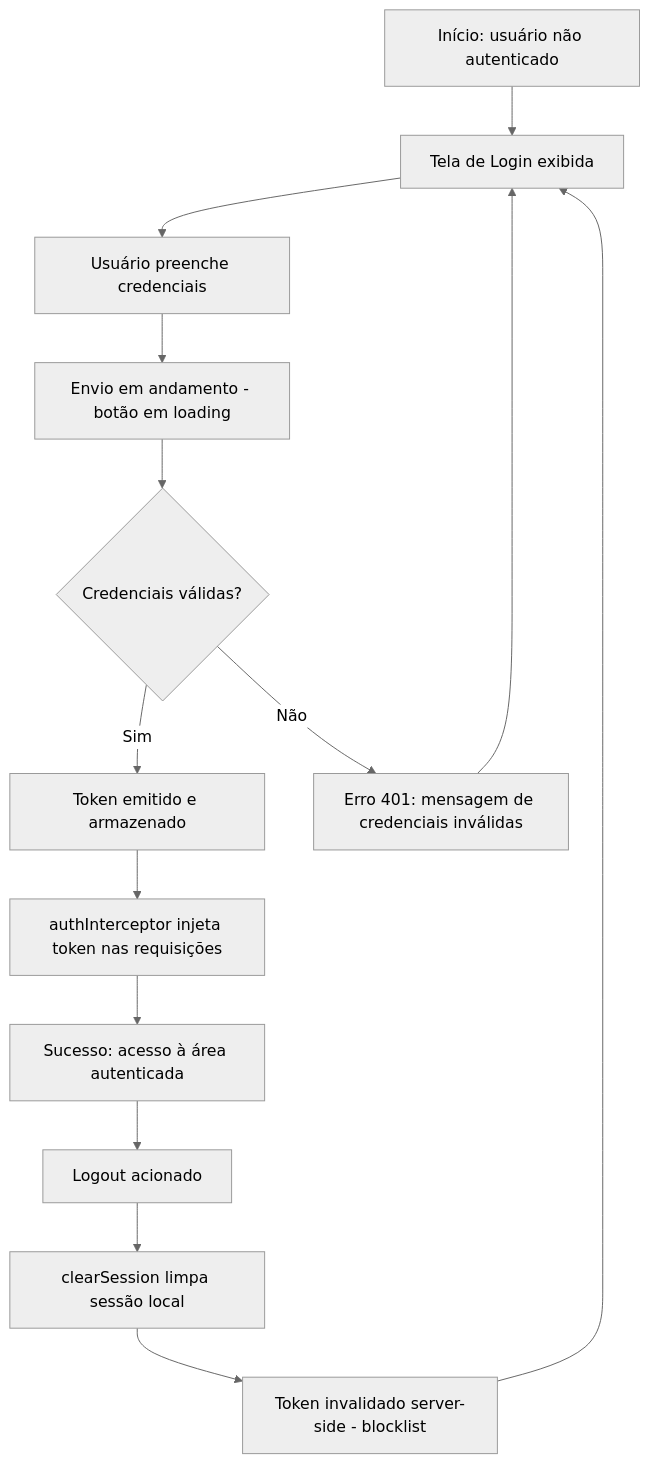
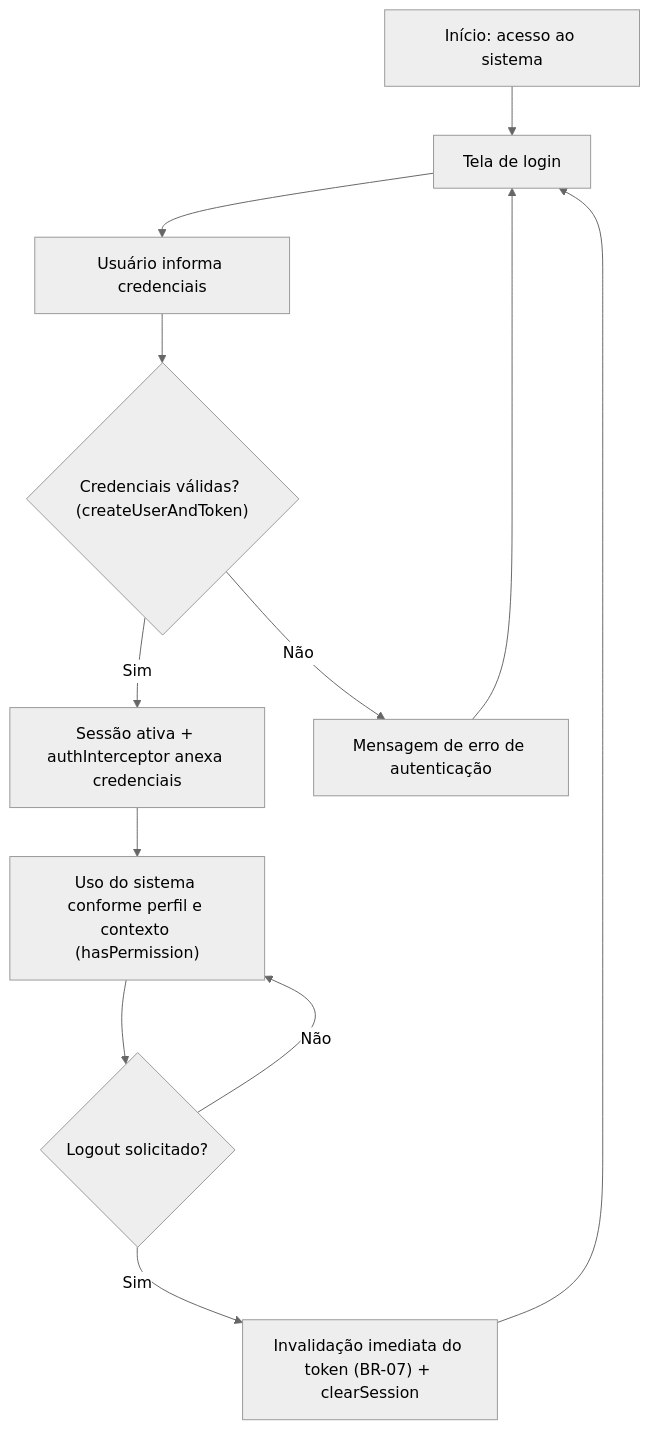
Before and after one commit to diogo-rp-menezes/aegispatrimonio: the first of 6 diagrams in docs/01-discovery/user-flows.md, drawn with Mermaid (neutral theme). The commit also changed other lines of this file and 49 other files, not shown here.

````diff
--- a/docs/01-discovery/user-flows.md
+++ b/docs/01-discovery/user-flows.md
@@ -40,16 +40,14 @@
 ```mermaid
 graph TD
-    A["Início: usuário não autenticado"] --> B["Tela de Login exibida"]
-    B --> C["Usuário preenche credenciais"]
-    C --> D["Envio em andamento - botão em loading"]
-    D --> E{"Credenciais válidas?"}
-    E -- "Sim" --> F["Token emitido e armazenado"]
-    F --> G["authInterceptor injeta token nas requisições"]
-    G --> H["Sucesso: acesso à área autenticada"]
-    E -- "Não" --> I["Erro 401: mensagem de credenciais inválidas"]
+    A["Início: acesso ao sistema"] --> B["Tela de login"]
+    B --> C["Usuário informa credenciais"]
+    C --> D{"Credenciais válidas? (createUserAndToken)"}
+    D -- "Sim" --> E["Sessão ativa + authInterceptor anexa credenciais"]
+    D -- "Não" --> F["Mensagem de erro de autenticação"]
+    F --> B
+    E --> G["Uso do sistema conforme perfil e contexto (hasPermission)"]
+    G --> H{"Logout solicitado?"}
+    H -- "Sim" --> I["Invalidação imediata do token (BR-07) + clearSession"]
     I --> B
-    H --> J["Logout acionado"]
-    J --> K["clearSession limpa sessão local"]
-    K --> L["Token invalidado server-side - blocklist"]
-    L --> B
+    H -- "Não" --> G
 ```
````
